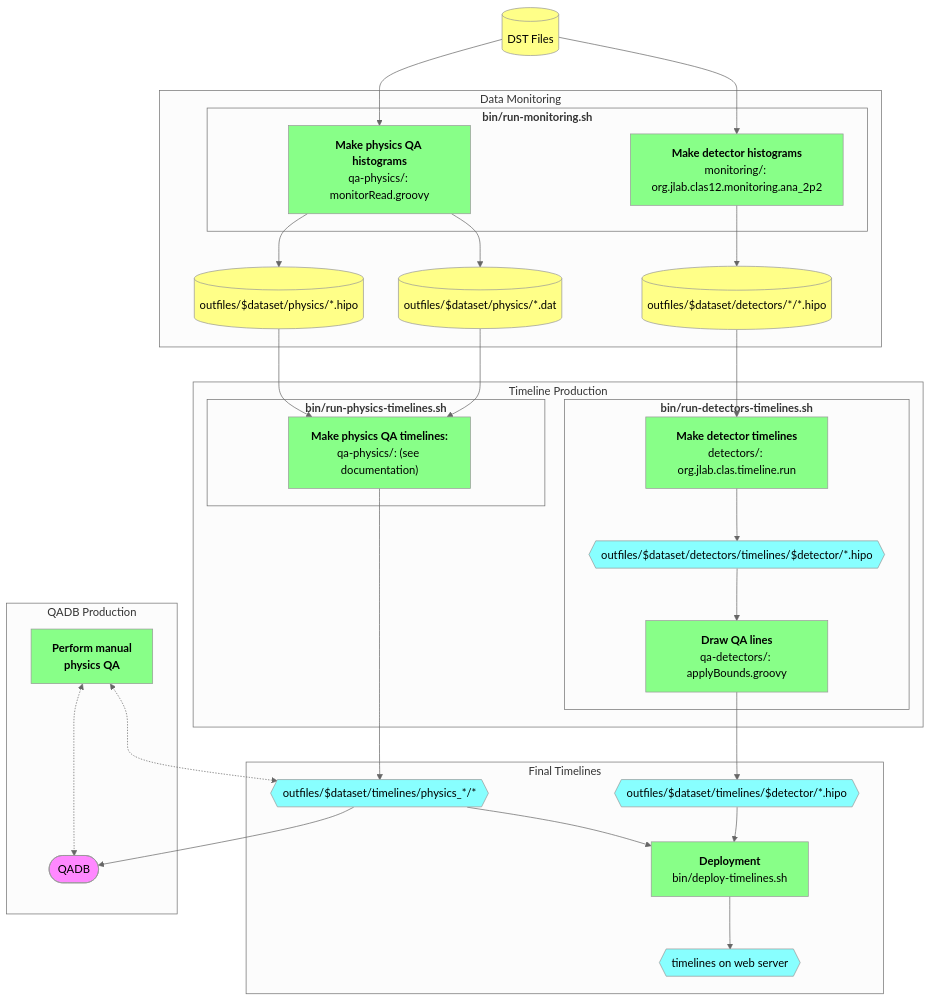
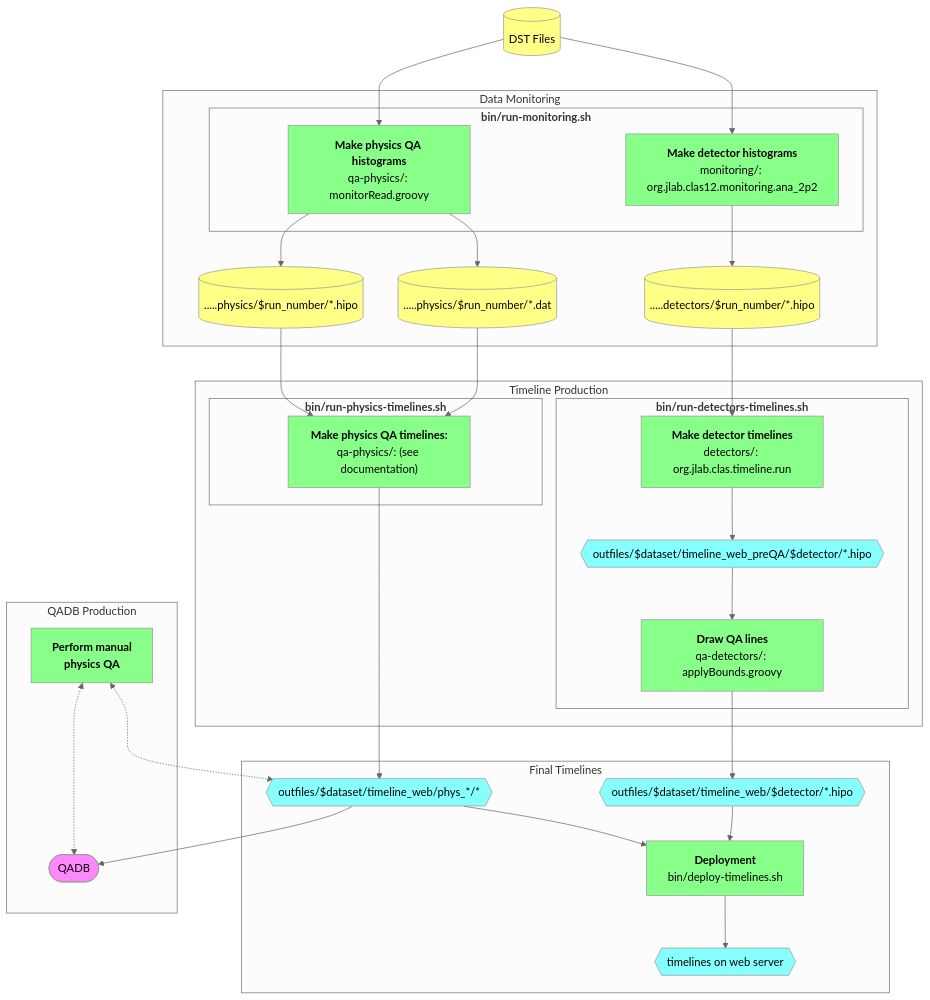
Before and after one commit to JeffersonLab/clas12-timeline: the diagram in README.md, drawn with Mermaid (neutral theme). The commit also changed other lines of this file, not shown here.

Commit message:
doc: deployment and update output tree

````diff
--- a/README.md
+++ b/README.md
@@ -75,57 +83,57 @@
 ```mermaid
 flowchart TB
 
     classDef proc     fill:#8f8,color:black
     classDef data     fill:#ff8,color:black
     classDef misc     fill:#f8f,color:black
     classDef timeline fill:#8ff,color:black
 
     dst[(DST Files)]:::data
 
     subgraph Data Monitoring
         subgraph "<strong>bin/run-monitoring.sh</strong>"
             monitorDetectors["<strong>Make detector histograms</strong><br/>monitoring/: org.jlab.clas12.monitoring.ana_2p2"]:::proc
             monitorPhysics["<strong>Make physics QA histograms</strong><br/>qa-physics/: monitorRead.groovy"]:::proc
         end
-        outplots[(outfiles/$dataset/detectors/*/*.hipo)]:::data
-        outdat[(outfiles/$dataset/physics/*.dat)]:::data
-        outmon[(outfiles/$dataset/physics/*.hipo)]:::data
+        outplots[(.....detectors/$run_number/*.hipo)]:::data
+        outdat[(.....physics/$run_number/*.dat)]:::data
+        outmon[(.....physics/$run_number/*.hipo)]:::data
     end
     dst --> monitorDetectors
     dst --> monitorPhysics
     monitorDetectors --> outplots
     monitorPhysics   --> outdat
     monitorPhysics   --> outmon
 
     subgraph Timeline Production
         subgraph "<strong>bin/run-detectors-timelines.sh</strong>"
             timelineDetectorsPreQA["<strong>Make detector timelines</strong><br/>detectors/: org.jlab.clas.timeline.run"]:::proc
-            outTimelineDetectorsPreQA{{outfiles/$dataset/detectors/timelines/$detector/*.hipo}}:::timeline
+            outTimelineDetectorsPreQA{{outfiles/$dataset/timeline_web_preQA/$detector/*.hipo}}:::timeline
             timelineDetectors["<strong>Draw QA lines</strong><br/>qa-detectors/: applyBounds.groovy"]:::proc
         end
         subgraph "<strong>bin/run-physics-timelines.sh</strong>"
             timelinePhysics["<strong>Make physics QA timelines:</strong><br/>qa-physics/: (see documentation)"]:::proc
         end
     end
     subgraph Final Timelines
-        outTimelinePhysics{{outfiles/$dataset/timelines/physics_*/*}}:::timeline
-        outTimelineDetectors{{outfiles/$dataset/timelines/$detector/*.hipo}}:::timeline
+        outTimelinePhysics{{outfiles/$dataset/timeline_web/phys_*/*}}:::timeline
+        outTimelineDetectors{{outfiles/$dataset/timeline_web/$detector/*.hipo}}:::timeline
         deploy["<strong>Deployment</strong><br/>bin/deploy-timelines.sh"]:::proc
         timelineDir{{timelines on web server}}:::timeline
     end
     outplots --> timelineDetectorsPreQA --> outTimelineDetectorsPreQA --> timelineDetectors --> outTimelineDetectors
     outdat   --> timelinePhysics
     outmon   --> timelinePhysics
     timelinePhysics --> outTimelinePhysics
     outTimelineDetectors --> deploy
     outTimelinePhysics   --> deploy
     deploy --> timelineDir
 
     subgraph QADB Production
         qadb([QADB]):::misc
         manualQA[<strong>Perform manual<br/>physics QA</strong>]:::proc
     end
     outTimelinePhysics   --> qadb
     manualQA <-.-> outTimelinePhysics
     manualQA <-.-> qadb
 ```
````
